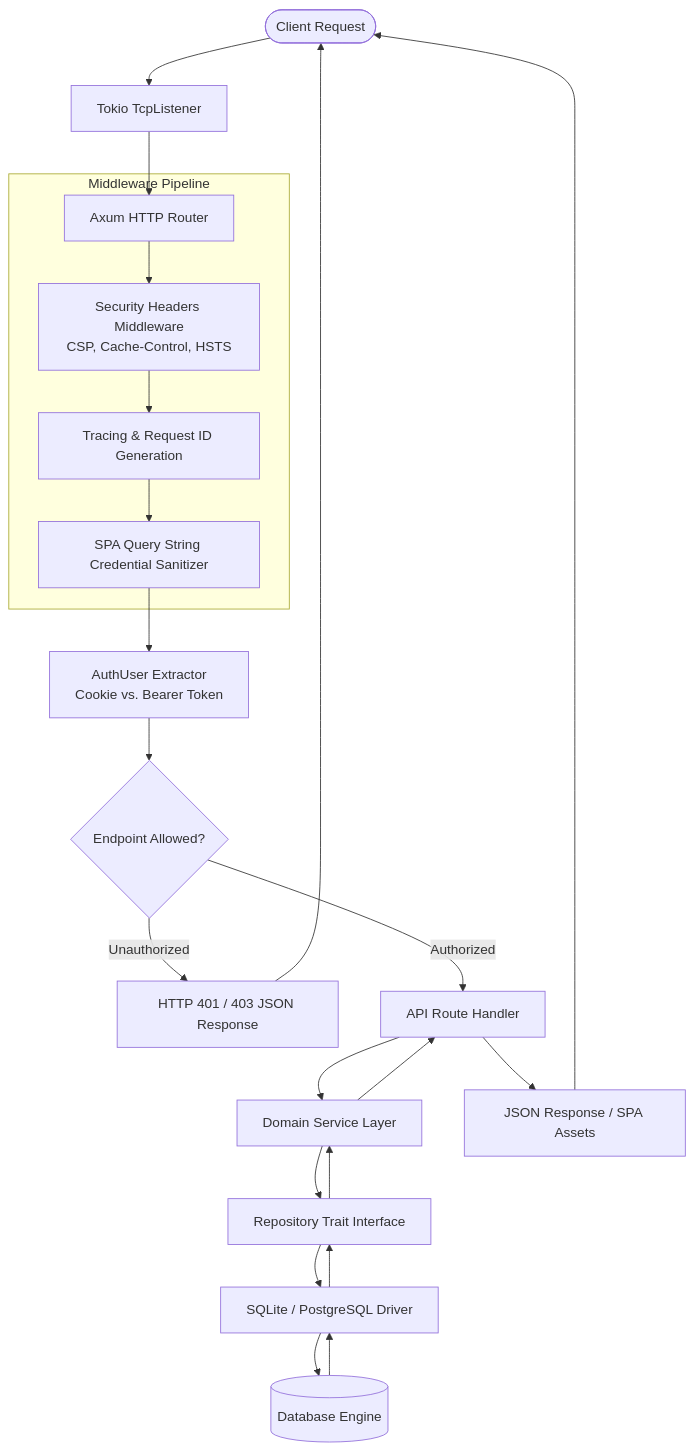
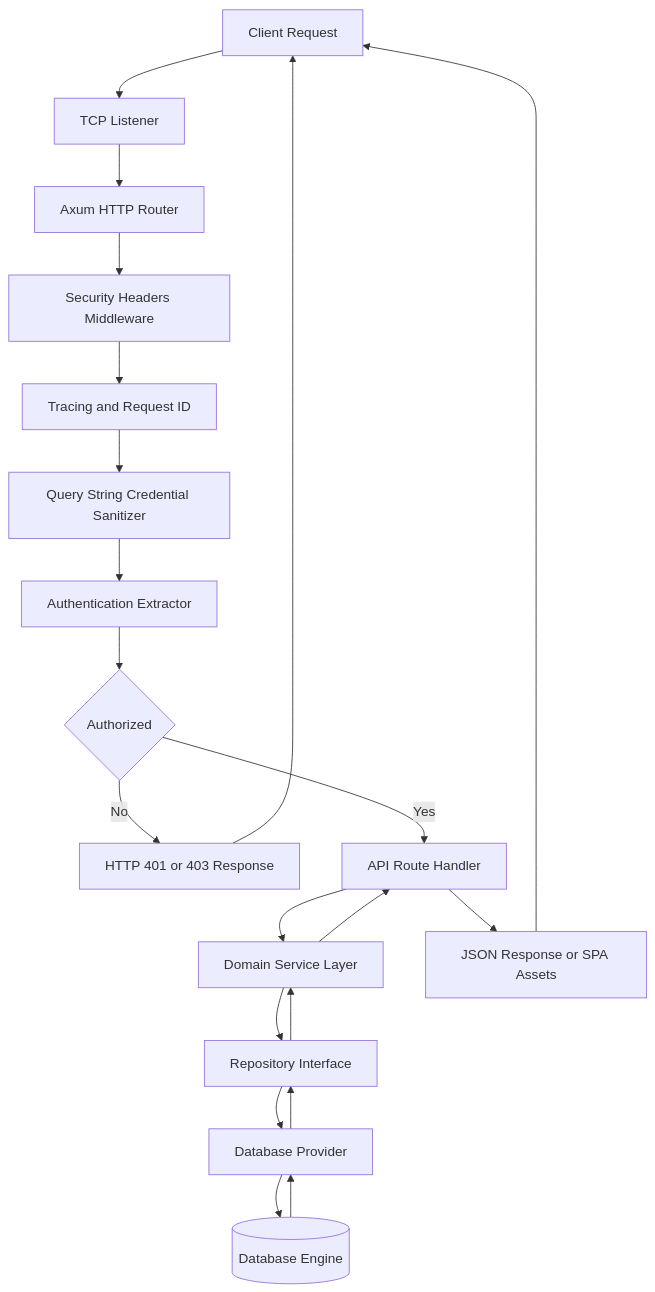
One commit to thakares/nx9-auth changed the second of 8 diagrams in docs/ARCHITECTURE.md. Above: the diagram before and after it, drawn with Mermaid. The commit also changed other lines of this file, not shown here.

Commit message:
docs: add architecture documentation and standardize filenames

````diff
--- a/docs/ARCHITECTURE.md
+++ b/docs/ARCHITECTURE.md
@@ -103,25 +94,18 @@
 ```mermaid
 flowchart TD
-    Client([Client Request]) --> TCP[Tokio TcpListener]
+    Client[Client Request] --> TCP[TCP Listener]
     TCP --> Router[Axum HTTP Router]
-    
-    subgraph MiddlewarePipeline [" Middleware Pipeline "]
-        Router --> SecHeaders[Security Headers Middleware\nCSP, Cache-Control, HSTS]
-        SecHeaders --> TracingMW[Tracing & Request ID Generation]
-        TracingMW --> Sanitizer[SPA Query String Credential Sanitizer]
-    end
-    
-    Sanitizer --> AuthExtractor[AuthUser Extractor\nCookie vs. Bearer Token]
-    AuthExtractor --> GuardCheck{Endpoint Allowed?}
-    
-    GuardCheck -- Unauthorized --> ErrResp[HTTP 401 / 403 JSON Response] --> Client
-    GuardCheck -- Authorized --> Handler[API Route Handler]
-    
+    Router --> SecHeaders[Security Headers Middleware]
+    SecHeaders --> TracingMW[Tracing and Request ID]
+    TracingMW --> Sanitizer[Query String Credential Sanitizer]
+    Sanitizer --> AuthExtractor[Authentication Extractor]
+    AuthExtractor --> GuardCheck{Authorized}
+    GuardCheck -- No --> ErrResp[HTTP 401 or 403 Response] --> Client
+    GuardCheck -- Yes --> Handler[API Route Handler]
     Handler --> Service[Domain Service Layer]
-    Service --> RepoTrait[Repository Trait Interface]
-    RepoTrait --> DBImpl[SQLite / PostgreSQL Driver]
+    Service --> RepoTrait[Repository Interface]
+    RepoTrait --> DBImpl[Database Provider]
     DBImpl --> DB[(Database Engine)]
-    
     DB --> DBImpl --> RepoTrait --> Service --> Handler
-    Handler --> Response[JSON Response / SPA Assets] --> Client
+    Handler --> Response[JSON Response or SPA Assets] --> Client
 ```
````
